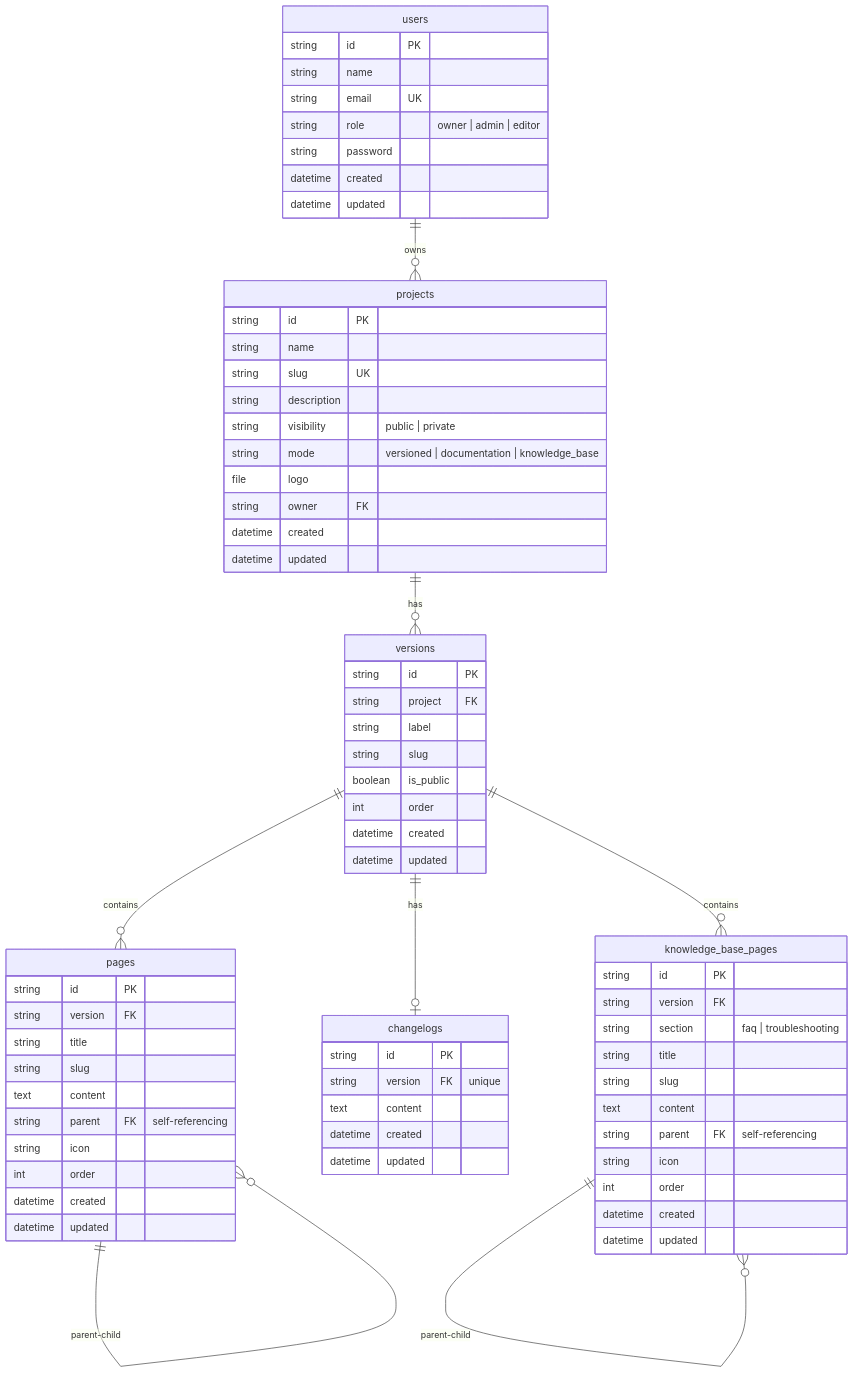
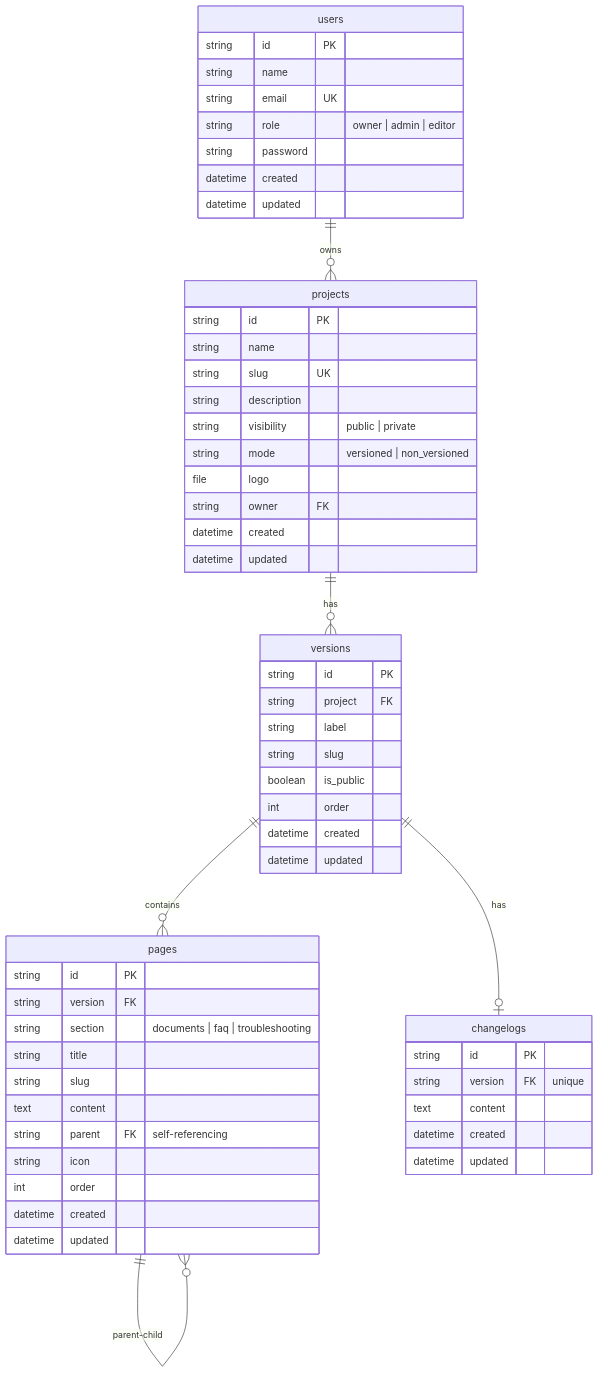
Before and after one commit to devAlphaSystem/Alpha-System-PocketDocs: the third of 5 diagrams in docs/architecture.md, drawn with Mermaid. The commit also changed other lines of this file and 31 other files, not shown here.

````diff
--- a/docs/architecture.md
+++ b/docs/architecture.md
@@ -99,79 +98,64 @@
 ```mermaid
 erDiagram
     users {
         string id PK
         string name
         string email UK
         string role "owner | admin | editor"
         string password
         datetime created
         datetime updated
     }
 
     projects {
         string id PK
         string name
         string slug UK
         string description
         string visibility "public | private"
-        string mode "versioned | documentation | knowledge_base"
+        string mode "versioned | non_versioned"
         file logo
         string owner FK
         datetime created
         datetime updated
     }
 
     versions {
         string id PK
         string project FK
         string label
         string slug
         boolean is_public
         int order
         datetime created
         datetime updated
     }
 
     pages {
         string id PK
         string version FK
+        string section "documents | faq | troubleshooting"
         string title
         string slug
         text content
         string parent FK "self-referencing"
         string icon
         int order
         datetime created
         datetime updated
     }
 
     changelogs {
         string id PK
         string version FK "unique"
         text content
         datetime created
         datetime updated
     }
 
-    knowledge_base_pages {
-        string id PK
-        string version FK
-        string section "faq | troubleshooting"
-        string title
-        string slug
-        text content
-        string parent FK "self-referencing"
-        string icon
-        int order
-        datetime created
-        datetime updated
-    }
-
     users ||--o{ projects : "owns"
     projects ||--o{ versions : "has"
     versions ||--o{ pages : "contains"
     versions ||--o| changelogs : "has"
-    versions ||--o{ knowledge_base_pages : "contains"
     pages ||--o{ pages : "parent-child"
-    knowledge_base_pages ||--o{ knowledge_base_pages : "parent-child"
 ```
````
